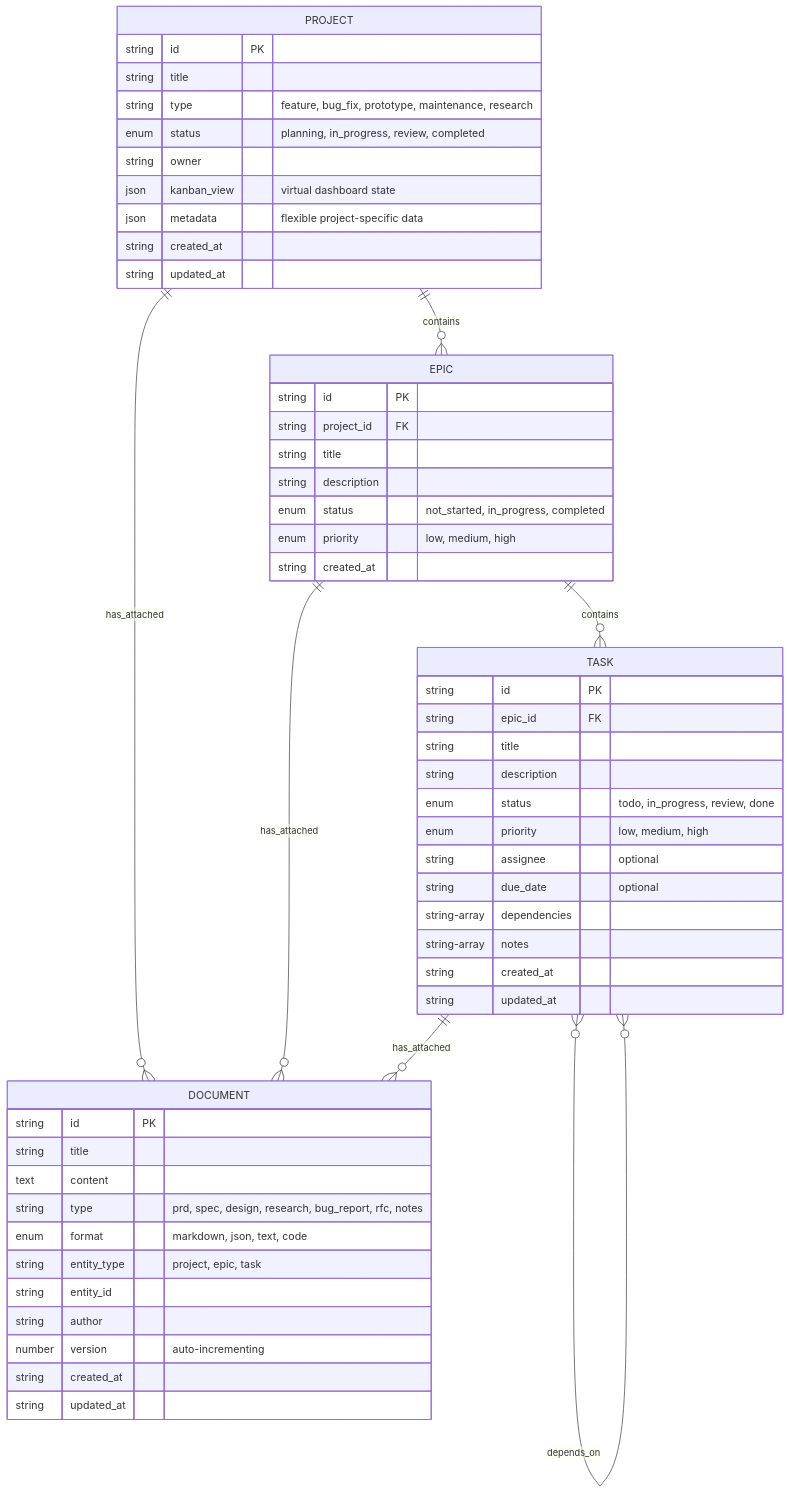
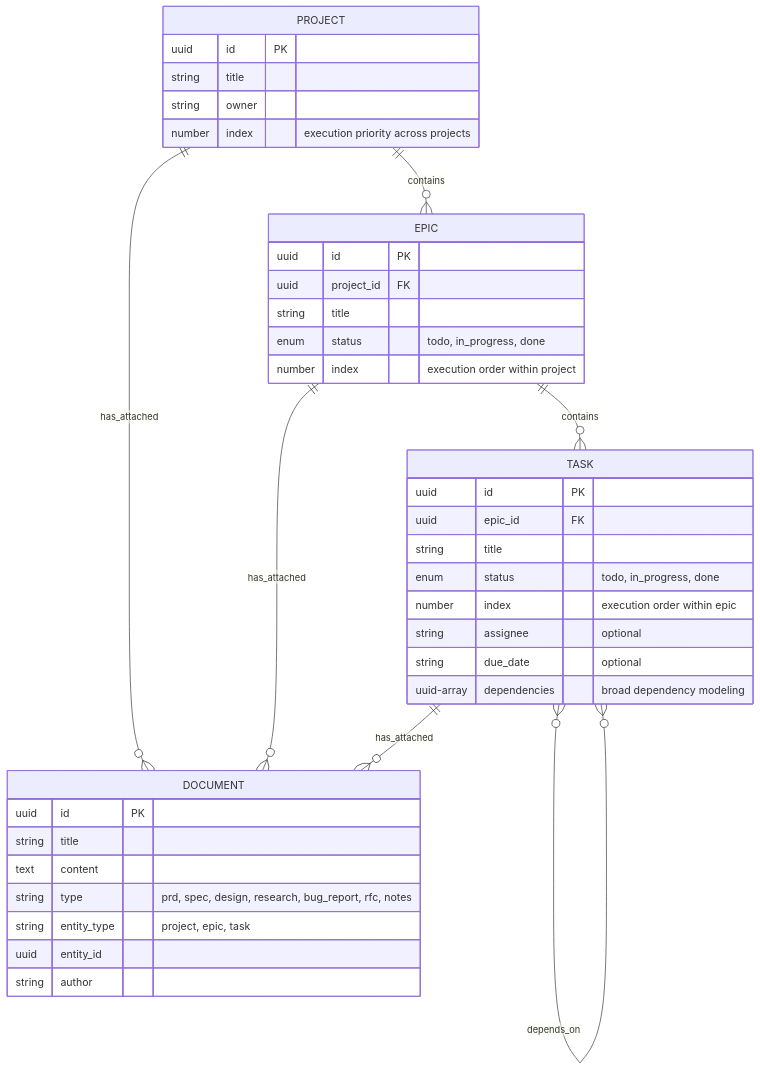
One commit to namikmesic/task-manager-mcp changed the diagram in improvements/improvement-02.md. Above: the diagram before and after it, drawn with Mermaid. The commit also changed other lines of this file, not shown here.

````diff
--- a/improvements/improvement-02.md
+++ b/improvements/improvement-02.md
@@ -56,60 +67,45 @@
 ```mermaid
 erDiagram
     PROJECT {
-        string id PK
+        uuid id PK
         string title
-        string type "feature, bug_fix, prototype, maintenance, research"
-        enum status "planning, in_progress, review, completed"
         string owner
-        json kanban_view "virtual dashboard state"
-        json metadata "flexible project-specific data"
-        string created_at
-        string updated_at
+        number index "execution priority across projects"
     }
 
     DOCUMENT {
-        string id PK
+        uuid id PK
         string title
         text content
         string type "prd, spec, design, research, bug_report, rfc, notes"
-        enum format "markdown, json, text, code"
         string entity_type "project, epic, task"
-        string entity_id
+        uuid entity_id
         string author
-        number version "auto-incrementing"
-        string created_at
-        string updated_at
     }
 
     EPIC {
-        string id PK
-        string project_id FK
+        uuid id PK
+        uuid project_id FK
         string title
-        string description
-        enum status "not_started, in_progress, completed"
-        enum priority "low, medium, high"
-        string created_at
+        enum status "todo, in_progress, done"
+        number index "execution order within project"
     }
 
     TASK {
-        string id PK
-        string epic_id FK
+        uuid id PK
+        uuid epic_id FK
         string title
-        string description
-        enum status "todo, in_progress, review, done"
-        enum priority "low, medium, high"
+        enum status "todo, in_progress, done"
+        number index "execution order within epic"
         string assignee "optional"
         string due_date "optional"
-        string-array dependencies
-        string-array notes
-        string created_at
-        string updated_at
+        uuid-array dependencies "broad dependency modeling"
     }
 
     PROJECT ||--o{ EPIC : "contains"
     PROJECT ||--o{ DOCUMENT : "has_attached"
     EPIC ||--o{ TASK : "contains"
     EPIC ||--o{ DOCUMENT : "has_attached"
     TASK ||--o{ DOCUMENT : "has_attached"
     TASK }o--o{ TASK : "depends_on"
 ```
````
